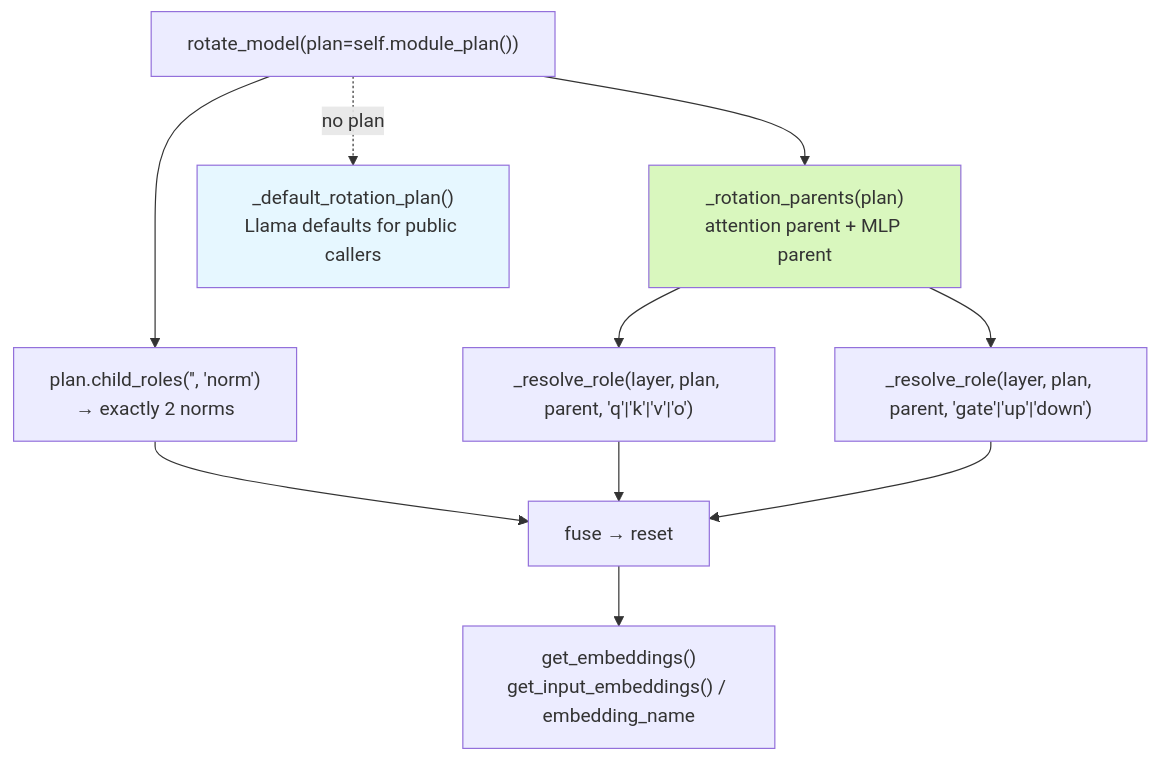
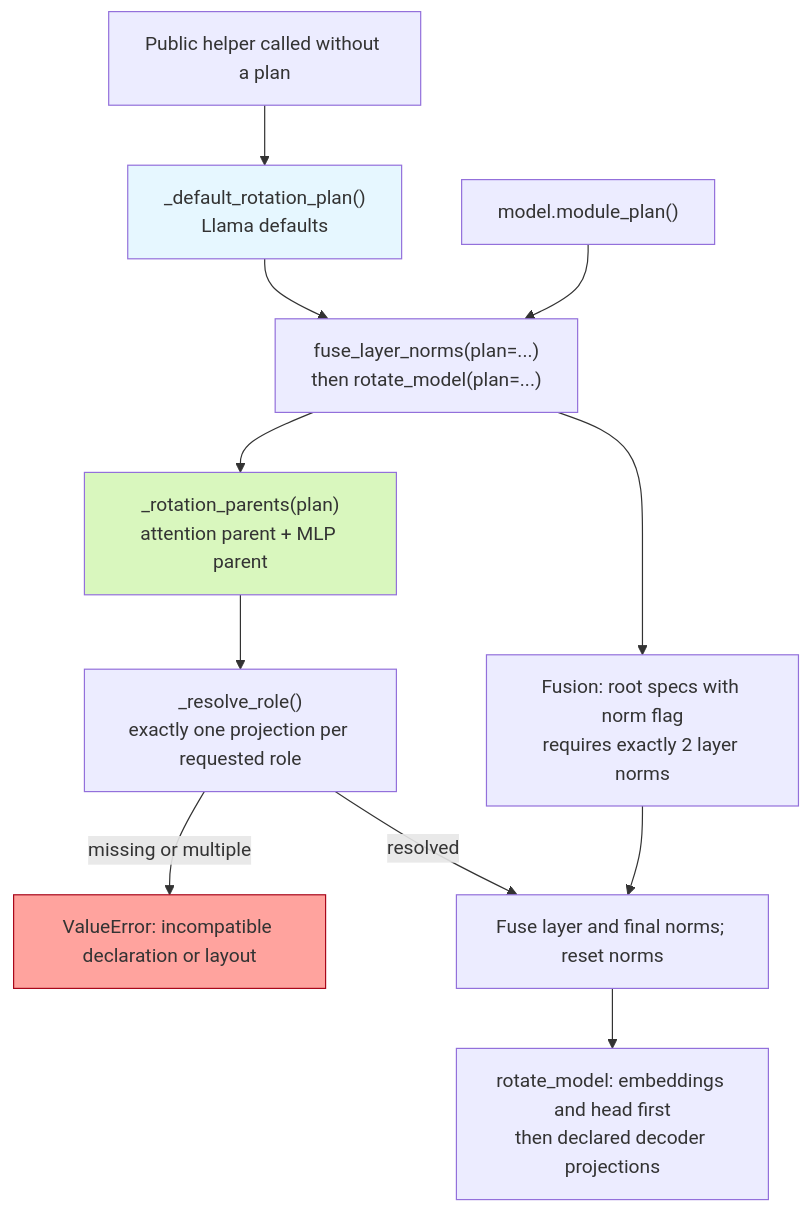
One commit to ModelCloud/GPTQModel changed diagram 11 of 13 in docs/model-tree-resolution.md. Above: the diagram before and after it, drawn with Mermaid. The commit also changed other lines of this file and 4 other files, not shown here.

Commit message:
docs: explain module plans, model tags and DeepSeek V4.1 inventory

````diff
--- a/docs/model-tree-resolution.md
+++ b/docs/model-tree-resolution.md
@@ -327,14 +345,16 @@
 ```mermaid
 flowchart TD
-    R["rotate_model(plan=self.module_plan())"] --> N1["plan.child_roles('', 'norm')<br/>→ exactly 2 norms"]
-    R --> P1["_rotation_parents(plan)<br/>attention parent + MLP parent"]
-    P1 --> Q1["_resolve_role(layer, plan, parent, 'q'|'k'|'v'|'o')"]
-    P1 --> Q2["_resolve_role(layer, plan, parent, 'gate'|'up'|'down')"]
-    N1 --> F["fuse → reset"]
-    Q1 --> F
-    Q2 --> F
-    F --> EMB["get_embeddings()<br/>get_input_embeddings() / embedding_name"]
-    R -.->|no plan| DEF["_default_rotation_plan()<br/>Llama defaults for public callers"]
+    API["model.module_plan()"] --> FUSE["fuse_layer_norms(plan=...)<br/>then rotate_model(plan=...)"]
+    FUSE --> N1["Fusion: root specs with norm flag<br/>requires exactly 2 layer norms"]
+    FUSE --> P1["_rotation_parents(plan)<br/>attention parent + MLP parent"]
+    P1 --> Q1["_resolve_role()<br/>exactly one projection per requested role"]
+    Q1 -->|"missing or multiple"| ERR["ValueError: incompatible declaration or layout"]
+    N1 --> F["Fuse layer and final norms; reset norms"]
+    Q1 -->|"resolved"| F
+    F --> EMB["rotate_model: embeddings and head first<br/>then declared decoder projections"]
+    PUBLIC["Public helper called without a plan"] --> DEF["_default_rotation_plan()<br/>Llama defaults"]
+    DEF --> FUSE
     style DEF fill:#e6f7ff
     style P1 fill:#d9f7be
+    style ERR fill:#ffa39e,stroke:#a8071a
 ```
````
